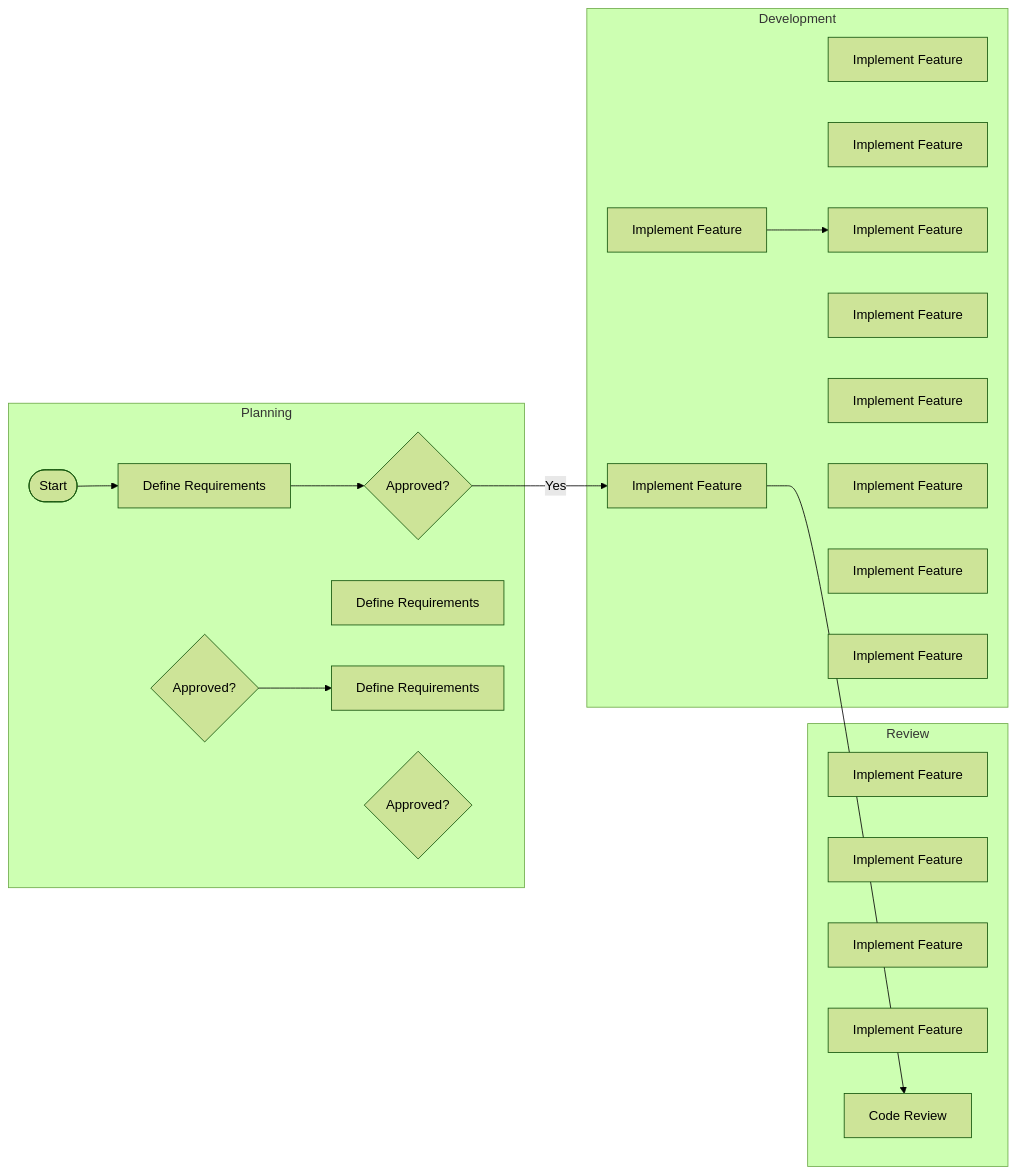
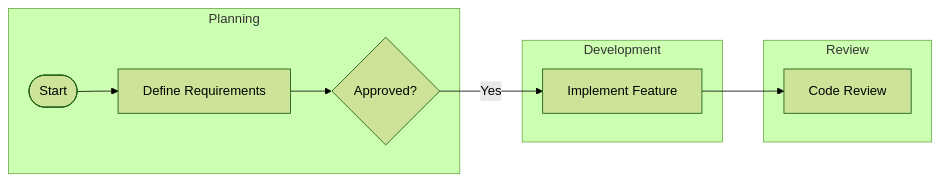
Before and after one commit to pingpm/mermaid_vault: the diagram in mmd/123_af5300cc-6d6d-4905-8888-06a9c48e023e.mmd, drawn with Mermaid (forest theme). The commit also changed 4 other files, not shown here.

Commit message:
Sync Mermaid Studio data (27 diagrams)

```diff
--- a/mmd/123_af5300cc-6d6d-4905-8888-06a9c48e023e.mmd
+++ b/mmd/123_af5300cc-6d6d-4905-8888-06a9c48e023e.mmd
@@ -1,35 +1,16 @@
 flowchart LR
   subgraph lane_0["Planning"]
     t_0{"Approved?"}
     t_1(["Start"])
     t_2["Define Requirements"]
-    t_3{"Approved?"}
-    t_4["Define Requirements"]
-    t_5["Define Requirements"]
-    t_6{"Approved?"}
   end
   subgraph lane_1["Development"]
-    t_7["Implement Feature"]
-    t_8["Implement Feature"]
-    t_9["Implement Feature"]
-    t_10["Implement Feature"]
-    t_11["Implement Feature"]
-    t_12["Implement Feature"]
-    t_13["Implement Feature"]
-    t_14["Implement Feature"]
-    t_15["Implement Feature"]
-    t_16["Implement Feature"]
+    t_3["Implement Feature"]
   end
   subgraph lane_2["Review"]
-    t_17["Implement Feature"]
-    t_18["Implement Feature"]
-    t_19["Implement Feature"]
-    t_20["Implement Feature"]
-    t_21["Code Review"]
+    t_4["Code Review"]
   end
   t_1 --> t_2
   t_2 --> t_0
-  t_0 -->|"Yes"| t_7
-  t_7 --> t_21
-  t_3 --> t_5
-  t_9 --> t_11
+  t_0 -->|"Yes"| t_3
+  t_3 --> t_4
```
